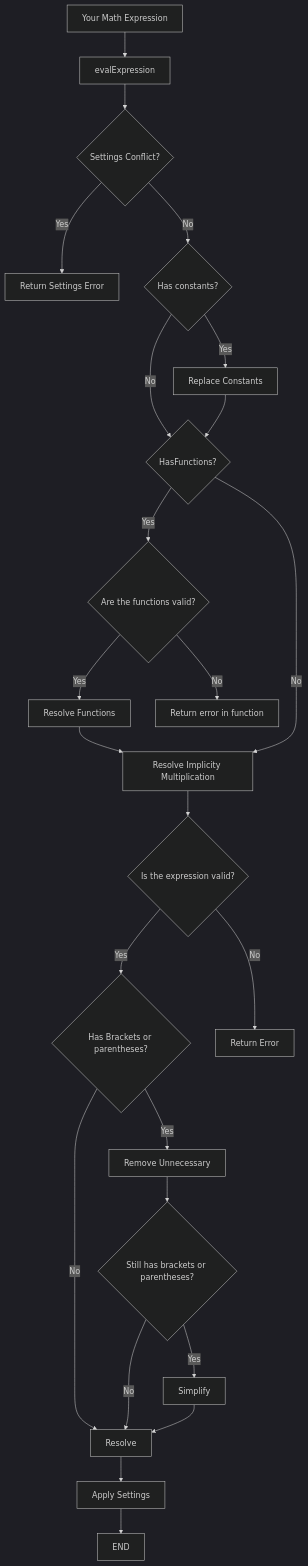
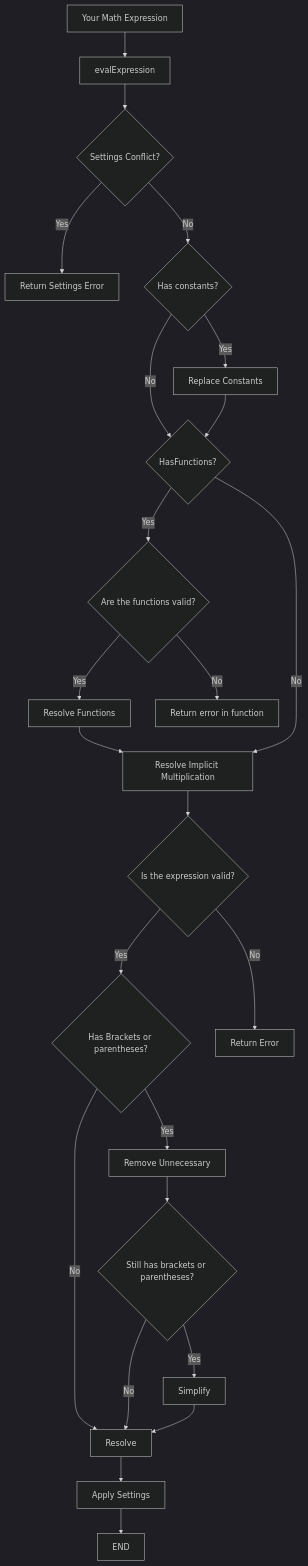
The diagram in README.md (Zadoque/zadcalc), drawn with Mermaid (dark theme) before and after one commit. The commit also changed other lines of this file, not shown here.

````diff
--- a/README.md
+++ b/README.md
@@ -324,26 +377,26 @@
 ```mermaid
-    flowchart TD
+flowchart TD
     A[Your Math Expression] --> B[evalExpression]
     B --> C{Settings Conflict?}
     C -->|Yes| D[Return Settings Error]
     C --> |No| E{Has constants?}
     E -->|Yes| F[Replace Constants]
     E --> |No| G{HasFunctions?}
     F --> G
     G --> |Yes| H{Are the functions valid?}
     H --> |Yes|I[Resolve Functions]
-    I --> I1[Resolve Implicity Multiplication]
+    I --> I1[Resolve Implicit Multiplication]
     I1 --> J{Is the expression valid?}
     H --> |No| K[Return error in function]
     G --> |No| I1
     J--> |Yes| L{Has Brackets or parentheses?}
     J --> |No| M[Return Error]
     L --> |Yes| N[Remove Unnecessary]
     L --> |No| O[Resolve]
     N --> P{Still has brackets or parentheses?}
     P --> |Yes| Q[Simplify]
     P --> |No| O
     Q --> O
     O --> R[Apply Settings]
     R --> S[END]
 ```
````
